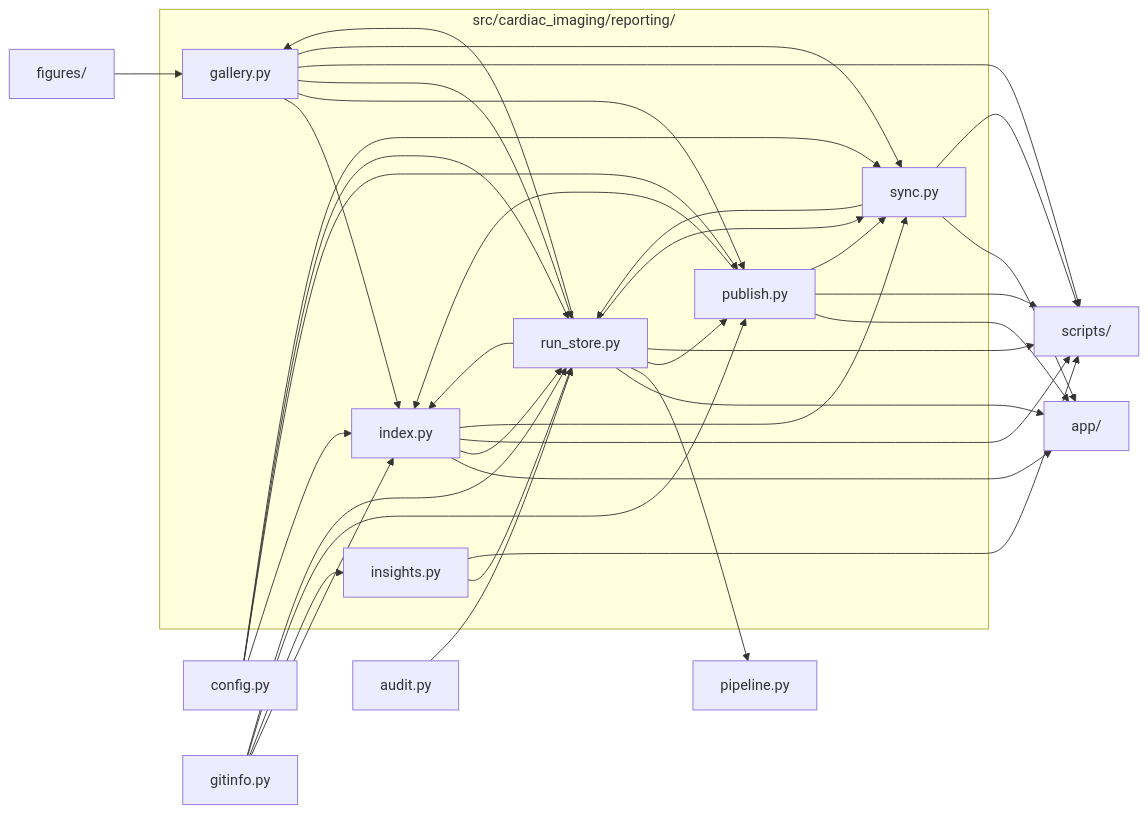
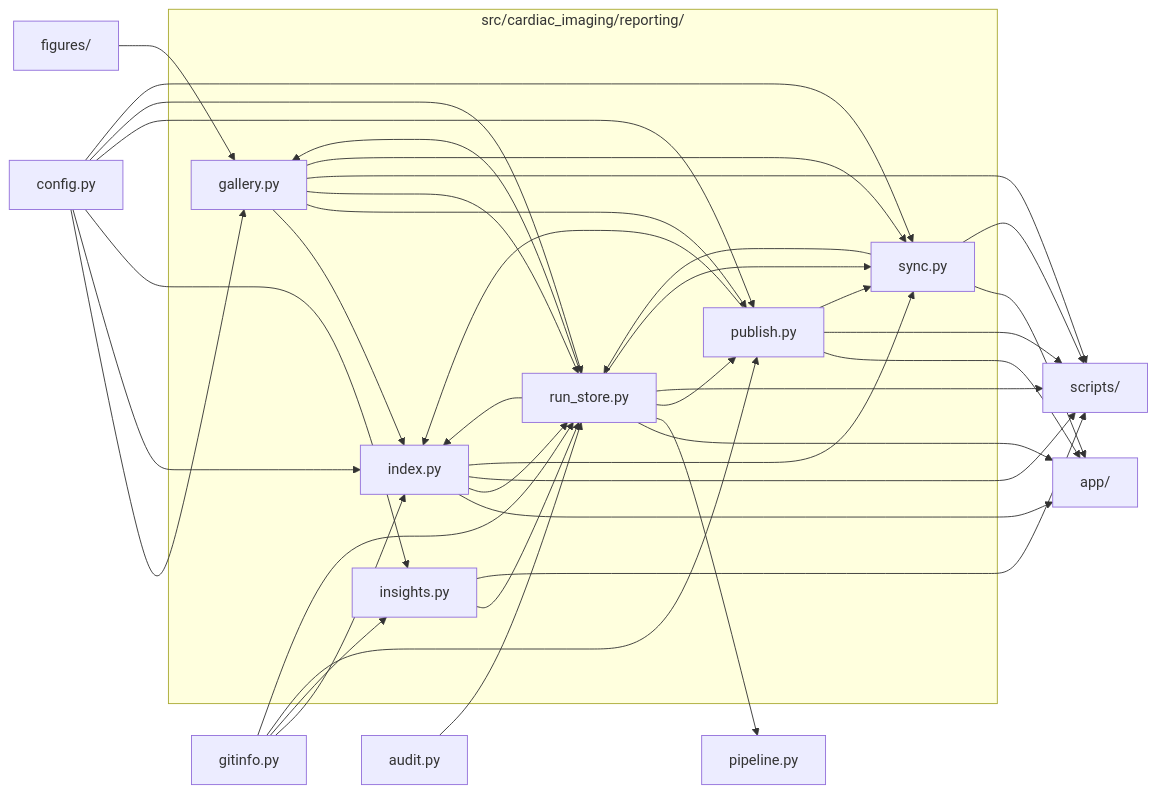
One commit to drsanjna/cardiac-imaging-medicare changed the diagram in src/cardiac_imaging/reporting/README.md. Above: the diagram before and after it, drawn with Mermaid. The commit also changed 34 other files, not shown here.

````diff
--- a/src/cardiac_imaging/reporting/README.md
+++ b/src/cardiac_imaging/reporting/README.md
@@ -11,53 +11,55 @@
 ```mermaid
 flowchart LR
   subgraph here["src/cardiac_imaging/reporting/"]
     n_gallery_py["gallery.py"]
     n_index_py["index.py"]
     n_insights_py["insights.py"]
     n_publish_py["publish.py"]
     n_run_store_py["run_store.py"]
     n_sync_py["sync.py"]
   end
   n_app_["app/"]
   n_audit_py["audit.py"]
   n_config_py["config.py"]
   n_figures_["figures/"]
   n_gitinfo_py["gitinfo.py"]
   n_pipeline_py["pipeline.py"]
   n_scripts_["scripts/"]
   n_audit_py --> n_run_store_py
+  n_config_py --> n_gallery_py
   n_config_py --> n_index_py
+  n_config_py --> n_insights_py
   n_config_py --> n_publish_py
   n_config_py --> n_run_store_py
   n_config_py --> n_sync_py
   n_figures_ --> n_gallery_py
   n_gallery_py --> n_index_py
   n_gallery_py --> n_publish_py
   n_gallery_py --> n_run_store_py
   n_gallery_py --> n_scripts_
   n_gallery_py --> n_sync_py
   n_gitinfo_py --> n_index_py
   n_gitinfo_py --> n_insights_py
   n_gitinfo_py --> n_publish_py
   n_gitinfo_py --> n_run_store_py
   n_index_py --> n_app_
   n_index_py --> n_run_store_py
   n_index_py --> n_scripts_
   n_index_py --> n_sync_py
   n_insights_py --> n_run_store_py
   n_insights_py --> n_scripts_
   n_publish_py --> n_app_
   n_publish_py --> n_index_py
   n_publish_py --> n_scripts_
   n_publish_py --> n_sync_py
   n_run_store_py --> n_app_
   n_run_store_py --> n_gallery_py
   n_run_store_py --> n_index_py
   n_run_store_py --> n_pipeline_py
   n_run_store_py --> n_publish_py
   n_run_store_py --> n_scripts_
   n_run_store_py --> n_sync_py
   n_sync_py --> n_app_
   n_sync_py --> n_run_store_py
   n_sync_py --> n_scripts_
 ```
````
